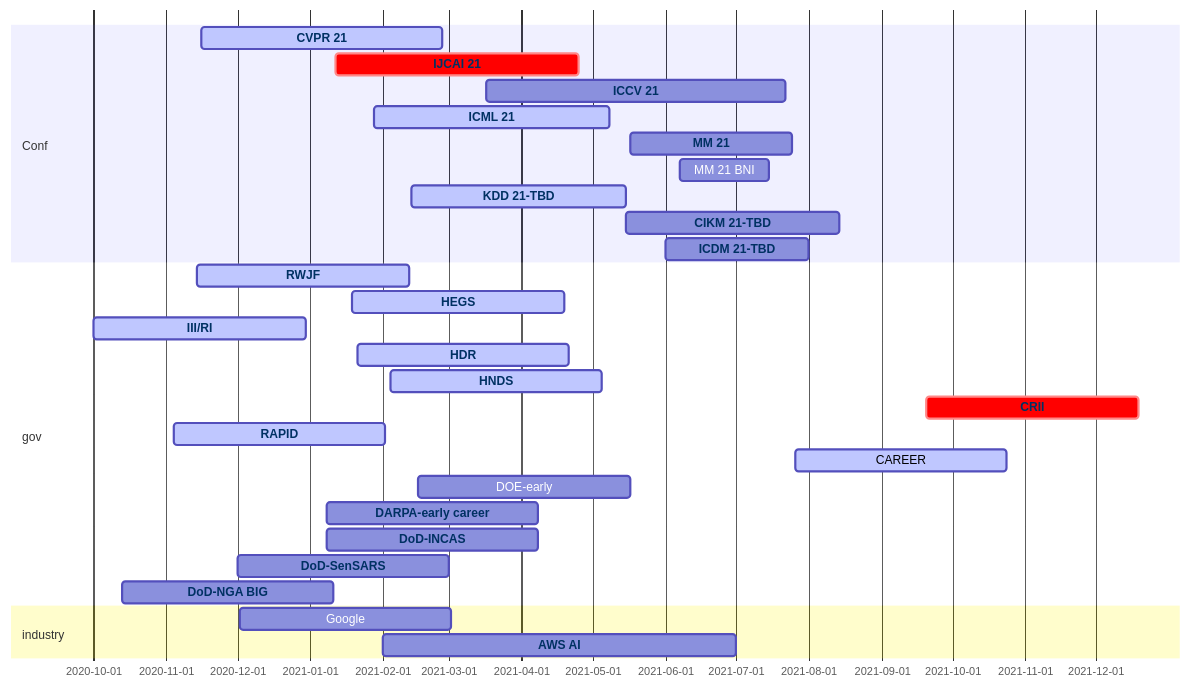
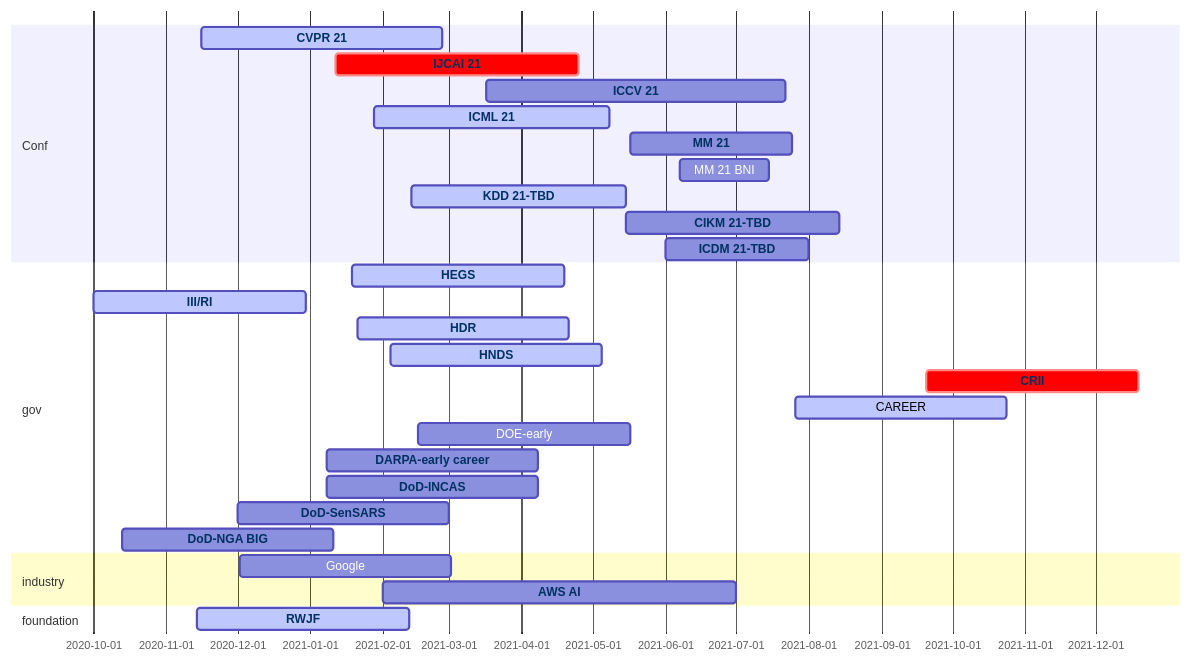
One commit to aquastar/academic-kickstart changed the diagram in content/post/conf/index.md. Above: the diagram before and after it, drawn with Mermaid.

````diff
--- a/content/post/conf/index.md
+++ b/content/post/conf/index.md
@@ -16,54 +16,54 @@
 ```mermaid
 gantt
   dateFormat  MM/DD/YY
   section Conf
     CVPR 21 :active, cvpr, 11/16/20, 02/26/21
     IJCAI 21 :crit, ijcai, 01/12/21, 04/25/21
     ICCV 21 :iccv, 03/17/21, 07/22/21
     ICML 21:active, icml, 01/28/21, 05/08/21
     MM 21:mm, 05/17/21, 07/25/21
     MM 21 BNI:mmbni, 06/07/21, 07/15/21
     KDD 21-TBD:active, kdd, 02/13/21, 05/15/21
     CIKM 21-TBD:cikm, 05/15/21, 08/14/21
     ICDM 21-TBD:icdm, 06/01/21, 08/01/21
   section gov
-    RWJF :active, rwjf, 11/14/20, 90d
     HEGS: active, hegs, 01/19/21, 90d
     III/RI: active, iis, 10/01/20, 90d
     HDR :active, hdr, 01/21/21, 90d
     HNDS :active, hnds, 02/04/21, 90d
     CRII :crit, crii, 09/20/21, 90d 
-    RAPID:active, rapid, 11/04/20, 90d
     CAREER:active, career, 07/26/21, 90d
     DOE-early: doe, 02/16/21, 90d 
     DARPA-early career: darpa, 01/08/21, 90d
     DoD-INCAS: incas, 01/08/21, 90d
     DoD-SenSARS: sensars, 12/01/20, 90d
     DoD-NGA BIG:nga, 10/13/20, 90d
   section industry
     Google: google, 12/02/20, 90d
     AWS AI: aws, 02/01/21, 07/01/21
+  section foundation
+    RWJF :active, rwjf, 11/14/20, 90d
+
 
   click nga href "https://beta.sam.gov/opp/3c218648f9f04658840e478a7f1048e1/view?keywords=HM0476-20-BAA-0001&sort=-relevance&index=&is_active=true&page=1"
   click sensars href "https://beta.sam.gov/opp/a84f1af107334afcbf39d885d8f668a3/view"
   click aws href "https://www.amazon.science/research-awards/call-for-proposals/aws-ai"
   click incas href "https://beta.sam.gov/opp/6bbca26d91df4eff96b4edfa2386c35f/view?keywords=incas&sort=-relevance&index=&is_active=true&page=1"
   click darpa href "https://www.darpa.mil/work-with-us/for-universities/young-faculty-award"
   click deo href "https://www.grants.gov/web/grants/search-grants.html"
   click cvpr href "http://cvpr2021.thecvf.com/"
   click iccv href "http://iccv2021.thecvf.com/"
   click icml href "https://icml.cc/Conferences/2021"
   click ijcai href "http://www.ijcai-21.org/"
   click kdd href "http://www.kdd.org/kdd2021"
   click www href "https://www2021.thewebconf.org/"
   click cikm href "https://www.cikm2021.org/"
   click icdm href "http://icdm2021.bigke.org"
   click mm href "https://2020.acmmm.org/index.html"
   click crii href "https://www.nsf.gov/funding/pgm_summ.jsp?pims_id=504952"
   click hdr href "https://www.nsf.gov/funding/pgm_summ.jsp?pims_id=505828&org=NSF&sel_org=CISE&from=fund"
   click hnds href "https://www.nsf.gov/funding/pgm_summ.jsp?pims_id=505702"
   click rwjf href "https://anr.rwjf.org/viewCfp.do?cfpId=1509&cfpOverviewId="
   click iis href "https://www.nsf.gov/funding/pgm_summ.jsp?pims_id=505667&org=NSF"
   click hegs href "https://www.nsf.gov/funding/pgm_summ.jsp?pims_id=505745&org=NSF&sel_org=NSF&from=fund"
-  click rapid href "https://www.nsf.gov/news/special_reports/coronavirus/"
 ```
````
